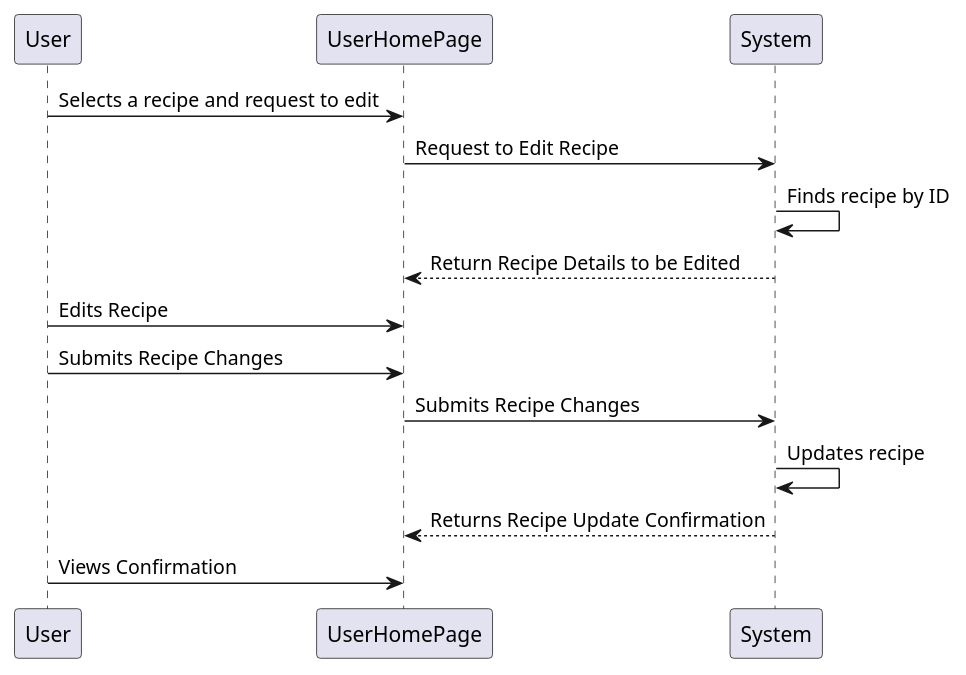
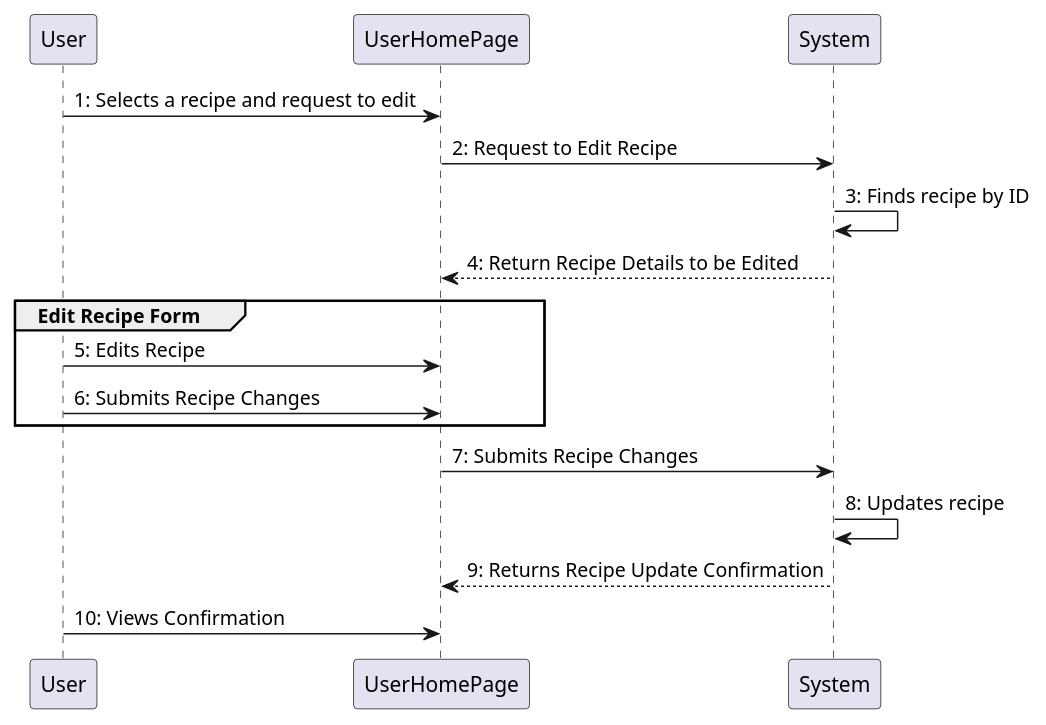
Before and after one commit to sap0034/COMP3710Project-RecipeGuru: the diagram in app/UML/Edit Recipe DSSD.puml, drawn with PlantUML. The commit also changed 12 other files, not shown here.

Commit message:
Added new diagrams and updated existing diagrams

```diff
--- a/app/UML/Edit Recipe DSSD.puml
+++ b/app/UML/Edit Recipe DSSD.puml
@@ -1,15 +1,15 @@
 @startuml
-                     User -> UserHomePage: Selects a recipe and request to edit
-                     UserHomePage -> System: Request to Edit Recipe
-                     System -> System: Finds recipe by ID
-                     System --> UserHomePage: Return Recipe Details to be Edited
-
-                     User -> UserHomePage: Edits Recipe
-                     User -> UserHomePage: Submits Recipe Changes
-                     UserHomePage -> System: Submits Recipe Changes
-
-                     System -> System: Updates recipe
-                     System --> UserHomePage: Returns Recipe Update Confirmation
-                     User -> UserHomePage: Views Confirmation
+                     User -> UserHomePage: 1: Selects a recipe and request to edit
+                     UserHomePage -> System: 2: Request to Edit Recipe
+                     System -> System: 3: Finds recipe by ID
+                     System --> UserHomePage: 4: Return Recipe Details to be Edited
+group Edit Recipe Form
+                     User -> UserHomePage: 5: Edits Recipe
+                     User -> UserHomePage: 6: Submits Recipe Changes
+                     end
+                     UserHomePage -> System: 7: Submits Recipe Changes
+                     System -> System: 8: Updates recipe
+                     System --> UserHomePage: 9: Returns Recipe Update Confirmation
+                     User -> UserHomePage: 10: Views Confirmation
 
                      @enduml
```
